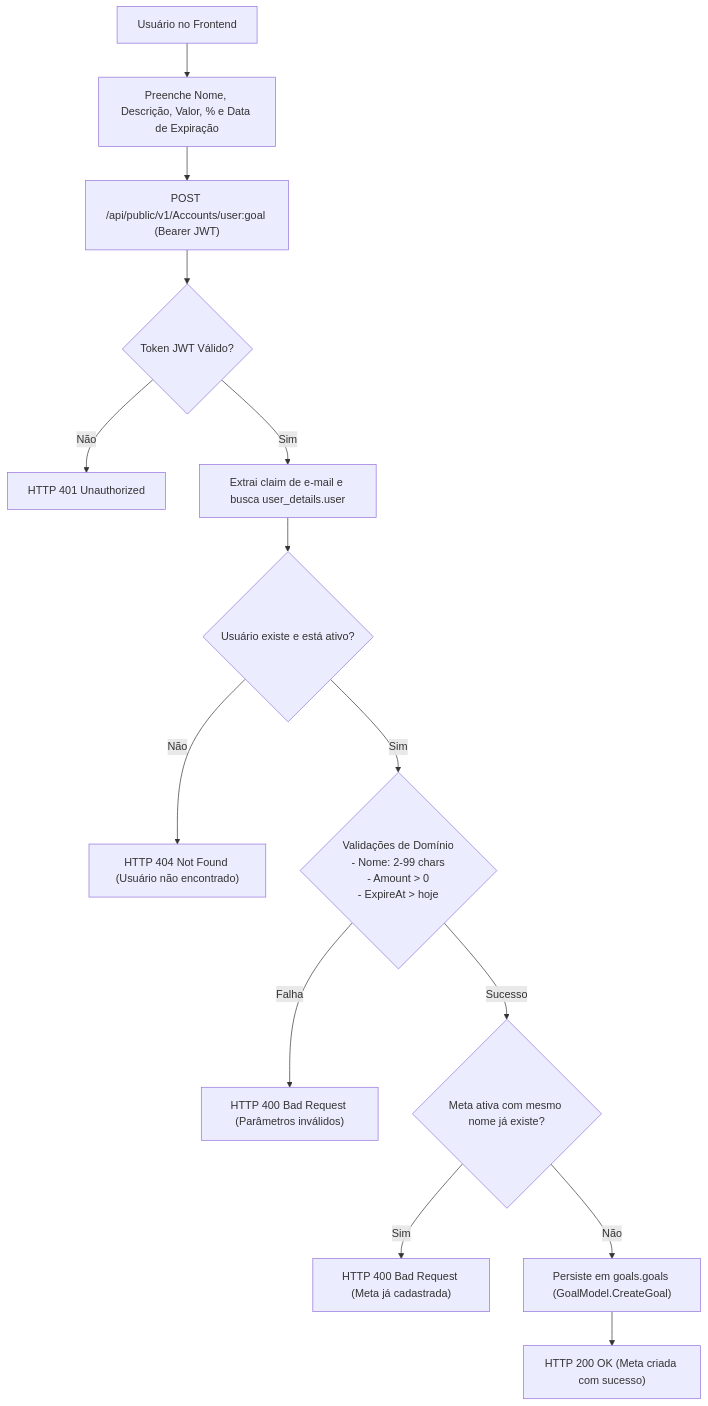
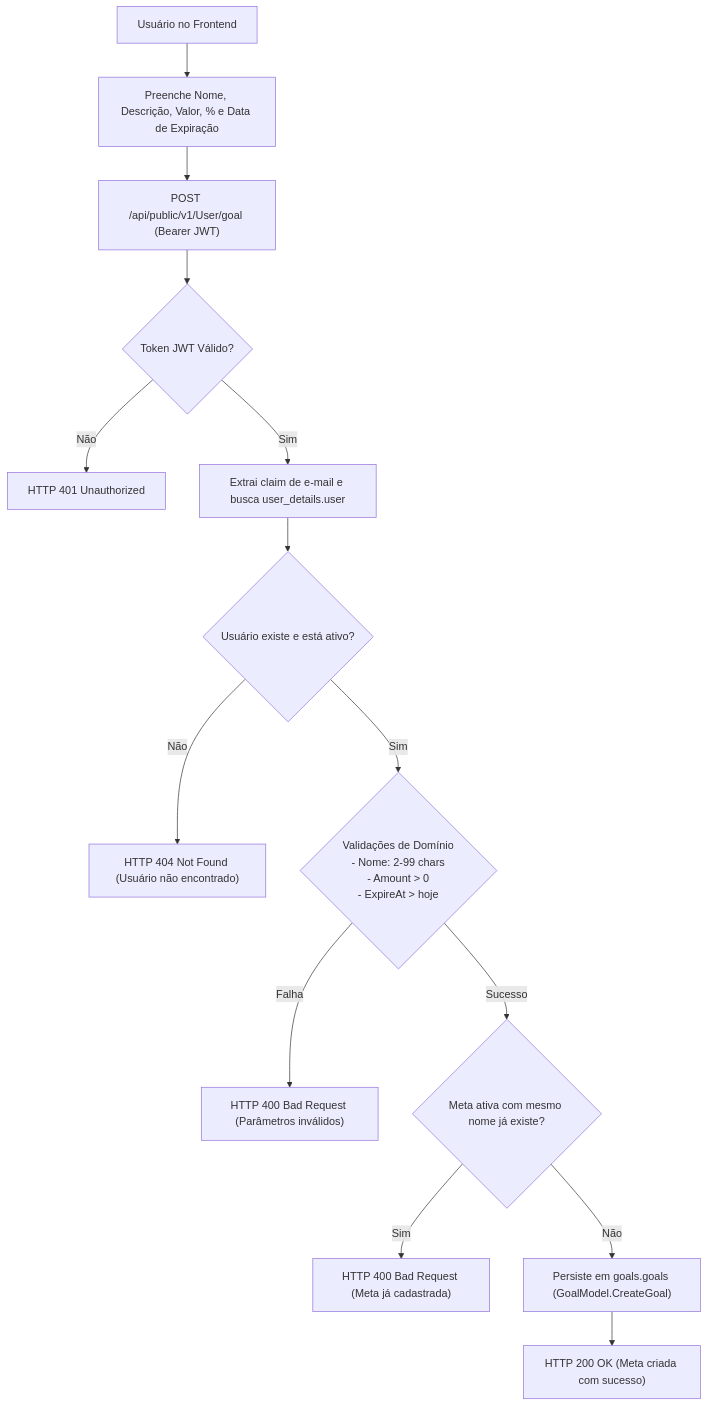
Before and after one commit to pedrovtof/Nievo-easy-fin: the first of 3 diagrams in docs/config/docs/content/FluxosNegocio/metas_categorias.md, drawn with Mermaid. The commit also changed other lines of this file and 33 other files, not shown here.

````diff
--- a/docs/config/docs/content/FluxosNegocio/metas_categorias.md
+++ b/docs/config/docs/content/FluxosNegocio/metas_categorias.md
@@ -11,21 +11,21 @@
 ```mermaid
 flowchart TD
     User["Usuário no Frontend"] --> InputGoal["Preenche Nome, Descrição, Valor, % e Data de Expiração"]
-    InputGoal --> PostGoal["POST /api/public/v1/Accounts/user:goal (Bearer JWT)"]
+    InputGoal --> PostGoal["POST /api/public/v1/User/goal (Bearer JWT)"]
     
     PostGoal --> ValToken{"Token JWT Válido?"}
     ValToken -->|Não| HTTP401["HTTP 401 Unauthorized"]
     ValToken -->|Sim| ExtractEmail["Extrai claim de e-mail e busca user_details.user"]
     
     ExtractEmail --> UserFound{"Usuário existe e está ativo?"}
     UserFound -->|Não| HTTP404["HTTP 404 Not Found (Usuário não encontrado)"]
     
     UserFound -->|Sim| ValRules{"Validações de Domínio<br/>- Nome: 2-99 chars<br/>- Amount > 0<br/>- ExpireAt > hoje"}
     ValRules -->|Falha| HTTP400Val["HTTP 400 Bad Request (Parâmetros inválidos)"]
     
     ValRules -->|Sucesso| CheckGoalName{"Meta ativa com mesmo nome já existe?"}
     CheckGoalName -->|Sim| HTTP400Exists["HTTP 400 Bad Request (Meta já cadastrada)"]
     
     CheckGoalName -->|Não| SaveGoal["Persiste em goals.goals (GoalModel.CreateGoal)"]
     SaveGoal --> HTTP200["HTTP 200 OK (Meta criada com sucesso)"]
 ```
````
